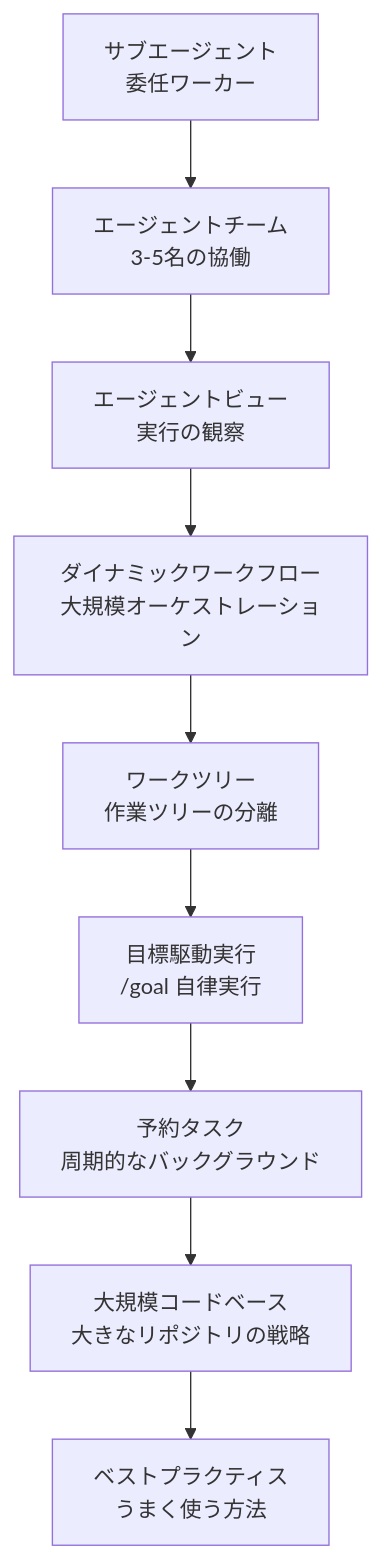
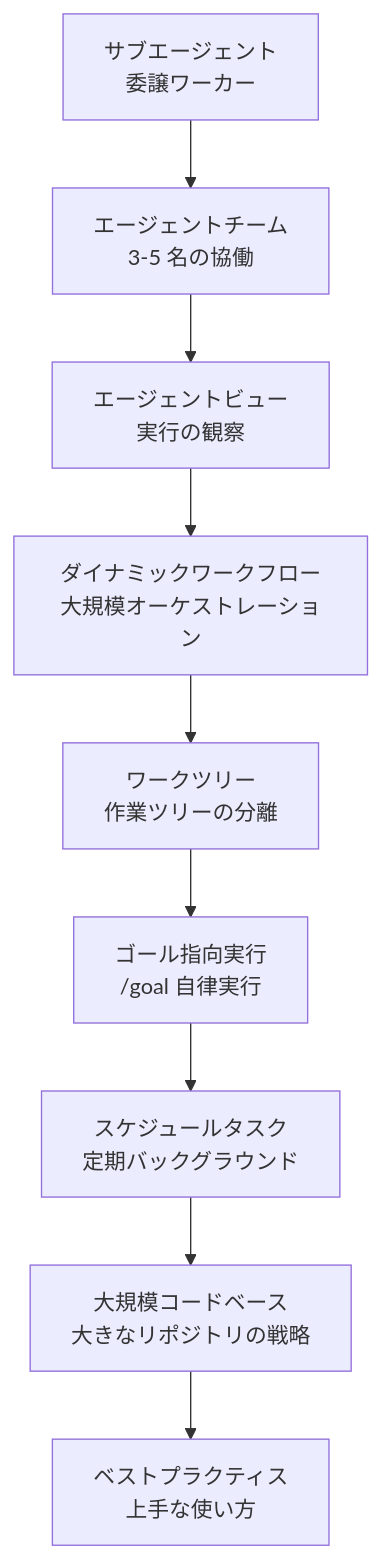
One commit to modu-ai/moai-adk changed the diagram in docs-site/content/ja/claude-code/agentic/_index.md. Above: the diagram before and after it, drawn with Mermaid. The commit also changed other lines of this file and 395 other files, not shown here.

````diff
--- a/docs-site/content/ja/claude-code/agentic/_index.md
+++ b/docs-site/content/ja/claude-code/agentic/_index.md
@@ -18,11 +18,11 @@
 ```mermaid
 flowchart TD
-    A[サブエージェント<br>委任ワーカー] --> B[エージェントチーム<br>3-5名の協働]
+    A[サブエージェント<br>委譲ワーカー] --> B[エージェントチーム<br>3-5 名の協働]
     B --> C[エージェントビュー<br>実行の観察]
     C --> D[ダイナミックワークフロー<br>大規模オーケストレーション]
     D --> E[ワークツリー<br>作業ツリーの分離]
-    E --> F[目標駆動実行<br>/goal 自律実行]
-    F --> G[予約タスク<br>周期的なバックグラウンド]
+    E --> F[ゴール指向実行<br>/goal 自律実行]
+    F --> G[スケジュールタスク<br>定期バックグラウンド]
     G --> H[大規模コードベース<br>大きなリポジトリの戦略]
-    H --> I[ベストプラクティス<br>うまく使う方法]
+    H --> I[ベストプラクティス<br>上手な使い方]
 ```
````
